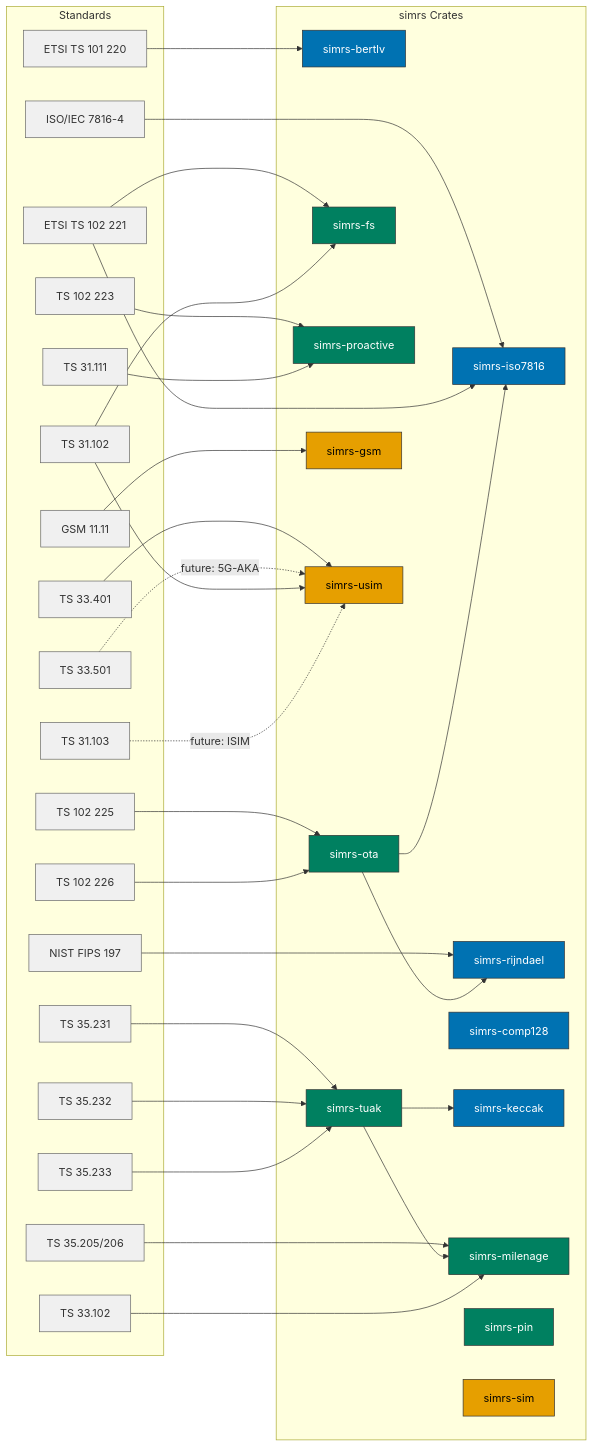
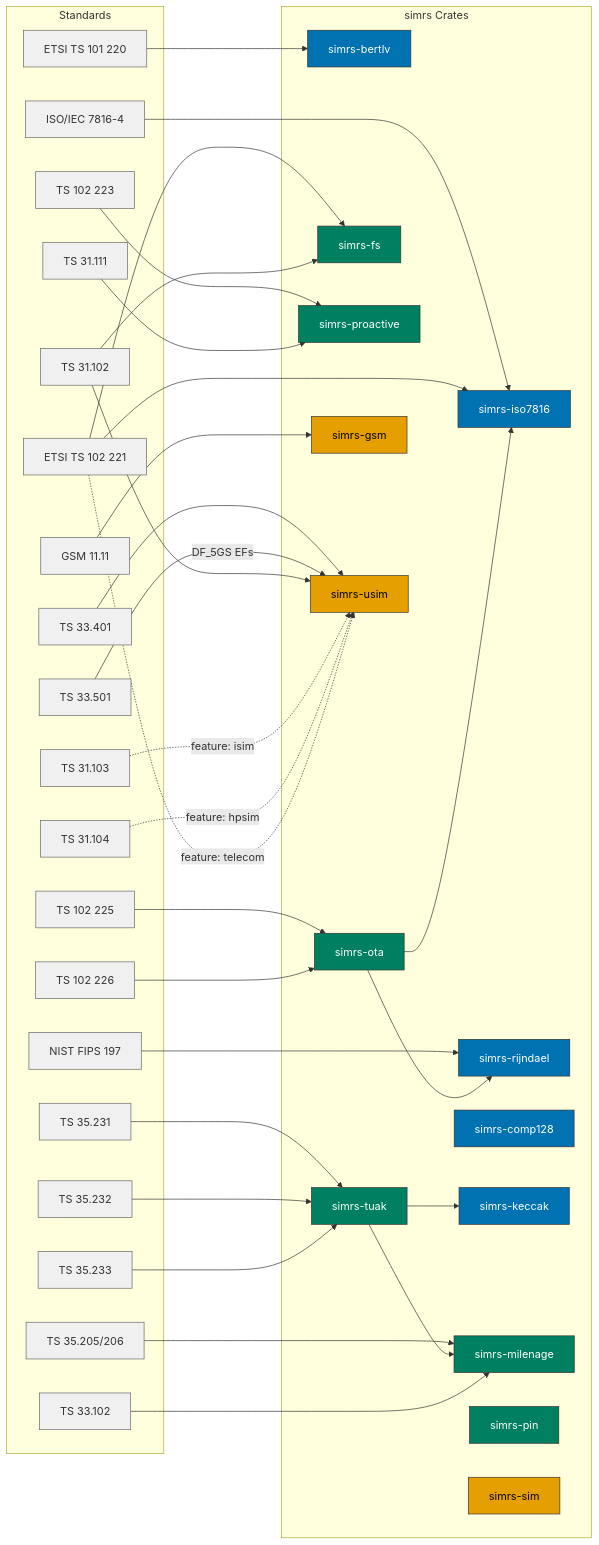
Before and after one commit to jaesharp/simrs: the diagram in docs/standards/README.md, drawn with Mermaid. The commit also changed other lines of this file and 25 other files, not shown here.

````diff
--- a/docs/standards/README.md
+++ b/docs/standards/README.md
@@ -19,75 +19,78 @@
 ```mermaid
 graph LR
     subgraph standards ["Standards"]
         S1["ISO/IEC 7816-4"]
         S2["ETSI TS 102 221"]
         S3["ETSI TS 101 220"]
         S4["NIST FIPS 197"]
         S5["TS 35.205/206"]
         S6["TS 35.231"]
         S7["TS 33.102"]
         S8["TS 33.401"]
         S9["TS 33.501"]
         S10["TS 31.102"]
         S11["TS 31.103"]
         S12["TS 102 223"]
         S13["TS 31.111"]
         S14["GSM 11.11"]
         S15["TS 35.232"]
         S16["TS 35.233"]
         S17["TS 102 225"]
         S18["TS 102 226"]
+        S19["TS 31.104"]
     end
 
     subgraph crates ["simrs Crates"]
         ISO["simrs-iso7816"]
         BER["simrs-bertlv"]
         RIJ["simrs-rijndael"]
         C128["simrs-comp128"]
         KEC["simrs-keccak"]
         MIL["simrs-milenage"]
         TUAK["simrs-tuak"]
         FS["simrs-fs"]
         PIN["simrs-pin"]
         PRO["simrs-proactive"]
         OTA["simrs-ota"]
         GSM["simrs-gsm"]
         USIM["simrs-usim"]
         SIM["simrs-sim"]
     end
 
     S1 --> ISO
     S2 --> ISO
     S2 --> FS
     S3 --> BER
     S4 --> RIJ
     S5 --> MIL
     S6 --> TUAK
     S15 --> TUAK
     S16 --> TUAK
     TUAK --> KEC
     TUAK --> MIL
     S7 --> MIL
     S8 --> USIM
-    S9 -.->|"future: 5G-AKA"| USIM
+    S9 -->|"DF_5GS EFs"| USIM
     S10 --> USIM
     S10 --> FS
-    S11 -.->|"future: ISIM"| USIM
+    S11 -.->|"feature: isim"| USIM
+    S19 -.->|"feature: hpsim"| USIM
+    S2 -.->|"feature: telecom"| USIM
     S12 --> PRO
     S13 --> PRO
     S14 --> GSM
     S17 --> OTA
     S18 --> OTA
     OTA --> RIJ
     OTA --> ISO
 
     classDef foundation fill:#0072B2,stroke:#333,color:#fff
     classDef composition fill:#008060,stroke:#333,color:#fff
     classDef application fill:#E69F00,stroke:#333,color:#000
     classDef std fill:#F0F0F0,stroke:#666,color:#333
 
     class ISO,BER,RIJ,C128,KEC foundation
     class MIL,TUAK,FS,PIN,PRO,OTA composition
     class GSM,USIM,SIM application
-    class S1,S2,S3,S4,S5,S6,S7,S8,S9,S10,S11,S12,S13,S14,S15,S16,S17,S18 std
+    class S1,S2,S3,S4,S5,S6,S7,S8,S9,S10,S11,S12,S13,S14,S15,S16,S17,S18,S19 std
 ```
````
